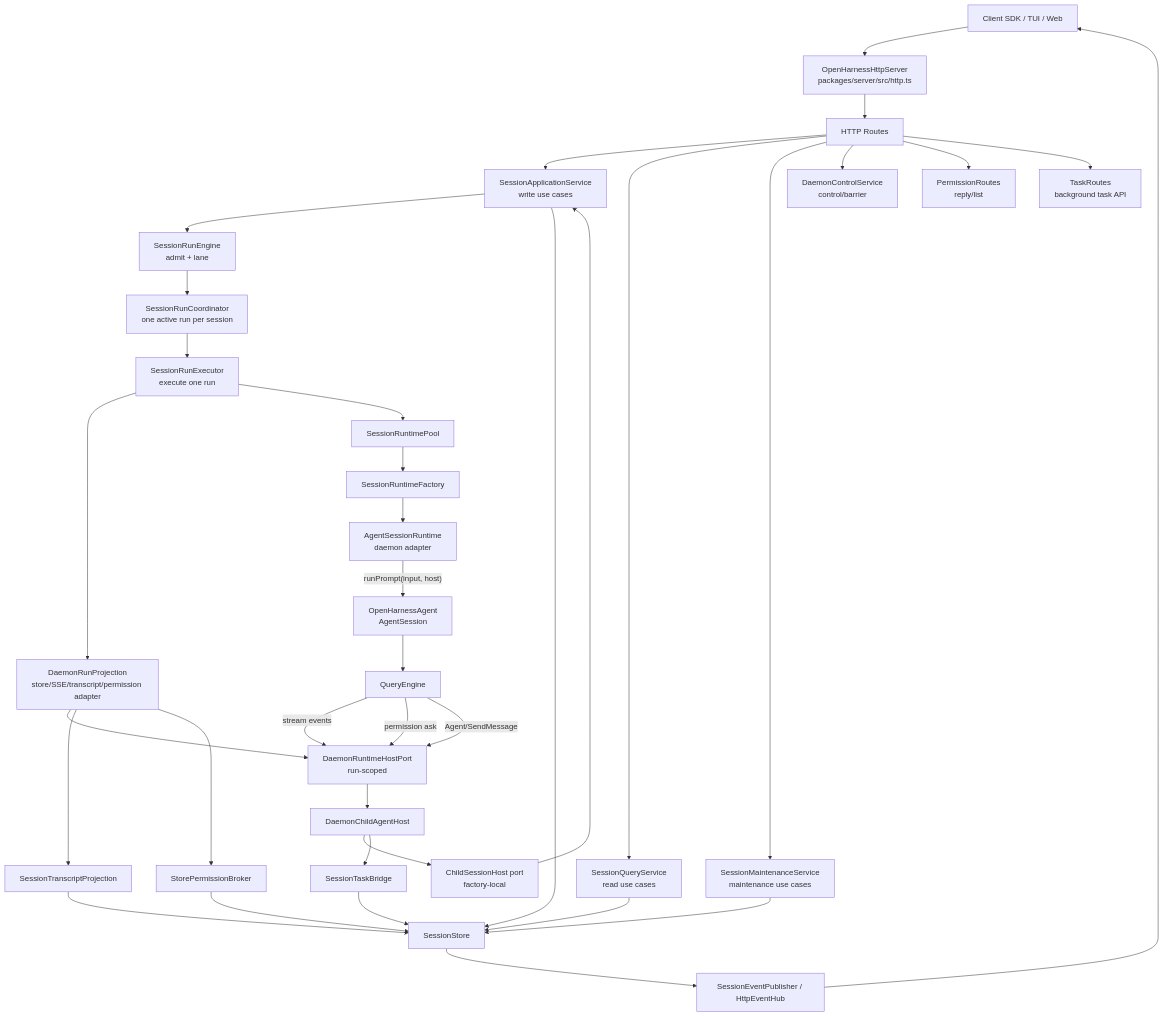
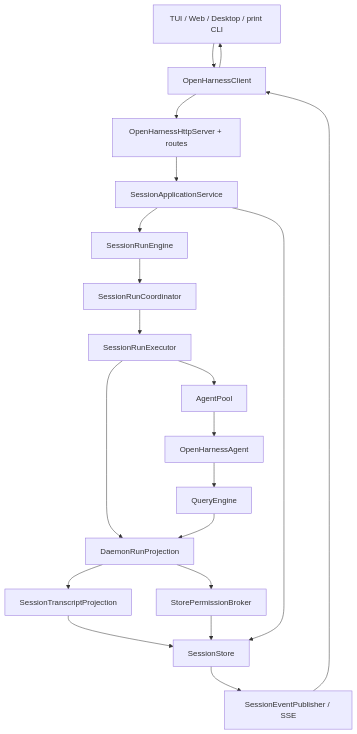
Before and after one commit to rzx007/openharness-ts: the first of 4 diagrams in docs/daemon-application-architecture.md, drawn with Mermaid. The commit also changed other lines of this file and 23 other files, not shown here.

Commit message:
docs: establish authoritative agent daemon architecture

````diff
--- a/docs/daemon-application-architecture.md
+++ b/docs/daemon-application-architecture.md
@@ -40,45 +32,27 @@
 ```mermaid
-flowchart TB
-  Client["Client SDK / TUI / Web"] --> Http["OpenHarnessHttpServer<br/>packages/server/src/http.ts"]
+flowchart TD
+  Surface["TUI / Web / Desktop / print CLI"]
+  Client["OpenHarnessClient"]
+  HTTP["OpenHarnessHttpServer + routes"]
+  App["SessionApplicationService"]
+  Engine["SessionRunEngine"]
+  Lane["SessionRunCoordinator"]
+  Executor["SessionRunExecutor"]
+  Pool["AgentPool"]
+  Agent["OpenHarnessAgent"]
+  QE["QueryEngine"]
+  Projection["DaemonRunProjection"]
+  Transcript["SessionTranscriptProjection"]
+  Permission["StorePermissionBroker"]
+  Store["SessionStore"]
+  Events["SessionEventPublisher / SSE"]
 
-  Http --> Routes["HTTP Routes"]
-  Routes --> App["SessionApplicationService<br/>write use cases"]
-  Routes --> Query["SessionQueryService<br/>read use cases"]
-  Routes --> Maint["SessionMaintenanceService<br/>maintenance use cases"]
-  Routes --> Control["DaemonControlService<br/>control/barrier"]
-  Routes --> PermRoute["PermissionRoutes<br/>reply/list"]
-  Routes --> TaskRoute["TaskRoutes<br/>background task API"]
-
-  App --> RunEngine["SessionRunEngine<br/>admit + lane"]
-  RunEngine --> Coordinator["SessionRunCoordinator<br/>one active run per session"]
-  Coordinator --> Executor["SessionRunExecutor<br/>execute one run"]
-  Executor --> Projection["DaemonRunProjection<br/>store/SSE/transcript/permission adapter"]
-
-  Executor --> Pool["SessionRuntimePool"]
-  Pool --> Factory["SessionRuntimeFactory"]
-  Factory --> Runtime["AgentSessionRuntime<br/>daemon adapter"]
-  Projection --> Host["DaemonRuntimeHostPort<br/>run-scoped"]
-  Runtime -->|"runPrompt(input, host)"| Agent["OpenHarnessAgent<br/>AgentSession"]
-  Agent --> QE["QueryEngine"]
-
-  QE -->|"stream events"| Host
-  QE -->|"permission ask"| Host
-  QE -->|"Agent/SendMessage"| Host
-
-  Projection --> Transcript["SessionTranscriptProjection"]
-  Projection --> Broker["StorePermissionBroker"]
-  Host --> ChildHost["DaemonChildAgentHost"]
-
-  ChildHost --> ChildPort["ChildSessionHost port<br/>factory-local"]
-  ChildPort --> App
-  ChildHost --> TaskBridge["SessionTaskBridge"]
-  TaskBridge --> Store["SessionStore"]
-
-  Query --> Store
-  Maint --> Store
+  Surface --> Client --> HTTP --> App --> Engine --> Lane --> Executor
+  Executor --> Pool --> Agent --> QE
+  Executor --> Projection
+  QE --> Projection
+  Projection --> Transcript --> Store
+  Projection --> Permission --> Store
   App --> Store
-  Transcript --> Store
-  Broker --> Store
-  Store --> Events["SessionEventPublisher / HttpEventHub"]
-  Events --> Client
+  Store --> Events --> Client --> Surface
 ```
````
